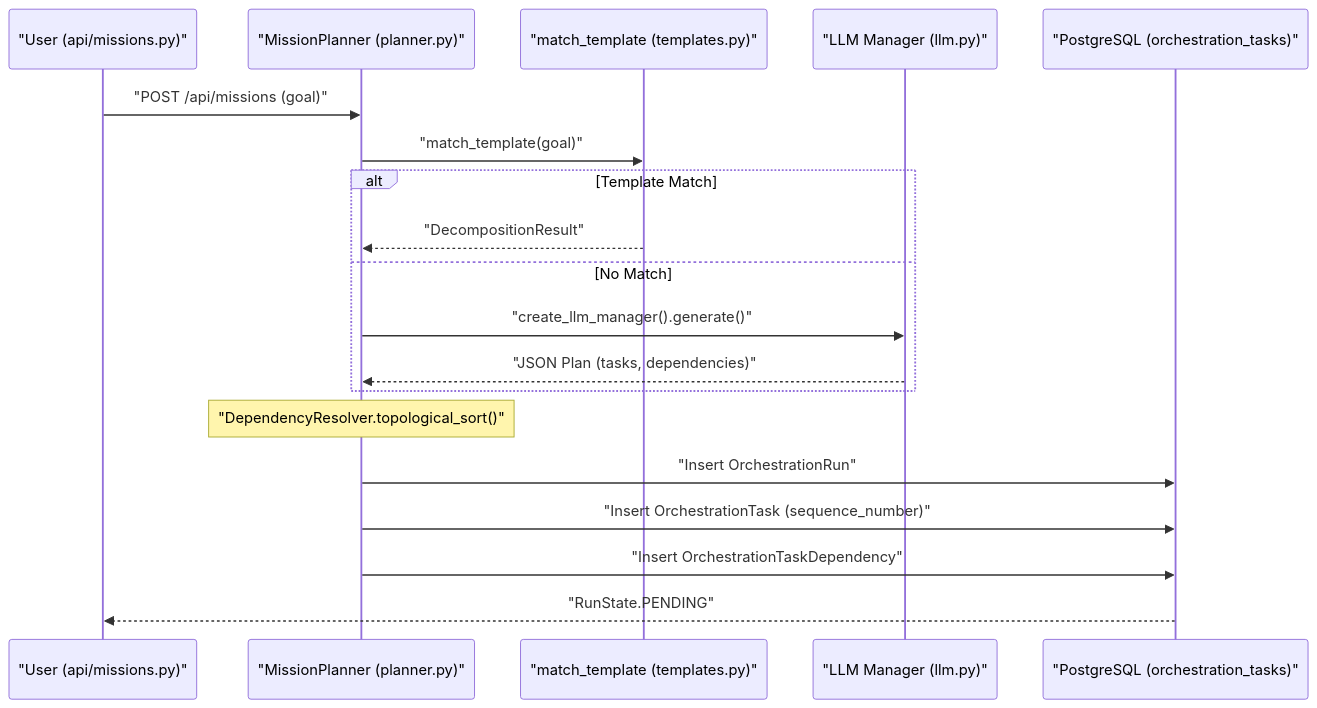
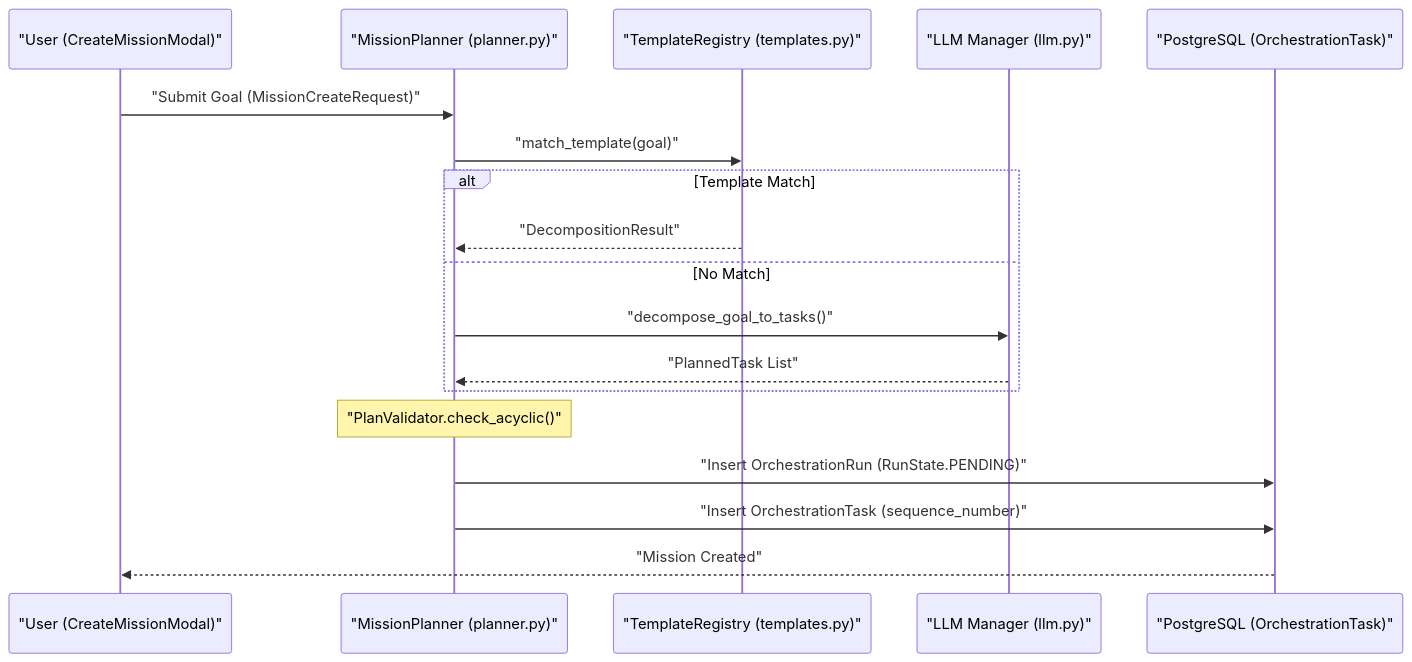
One commit to AutomatosAI/automatos-ai changed the second of 2 diagrams in docs/missions-multi-agent-coordination/mission-planning-verification.md. Above: the diagram before and after it, drawn with Mermaid. The commit also changed other lines of this file and 153 other files, not shown here.

````diff
--- a/docs/missions-multi-agent-coordination/mission-planning-verification.md
+++ b/docs/missions-multi-agent-coordination/mission-planning-verification.md
@@ -105,22 +118,21 @@
 ```mermaid
 sequenceDiagram
-    participant U as "User (api/missions.py)"
+    participant U as "User (CreateMissionModal)"
     participant CP as "MissionPlanner (planner.py)"
-    participant T as "match_template (templates.py)"
+    participant T as "TemplateRegistry (templates.py)"
     participant LLM as "LLM Manager (llm.py)"
-    participant DB as "PostgreSQL (orchestration_tasks)"
+    participant DB as "PostgreSQL (OrchestrationTask)"
 
-    U->>CP: "POST /api/missions (goal)"
+    U->>CP: "Submit Goal (MissionCreateRequest)"
     CP->>T: "match_template(goal)"
     alt Template Match
         T-->>CP: "DecompositionResult"
     else No Match
-        CP->>LLM: "create_llm_manager().generate()"
-        LLM-->>CP: "JSON Plan (tasks, dependencies)"
+        CP->>LLM: "decompose_goal_to_tasks()"
+        LLM-->>CP: "PlannedTask List"
     end
-    Note over CP: "DependencyResolver.topological_sort()"
-    CP->>DB: "Insert OrchestrationRun"
+    Note over CP: "PlanValidator.check_acyclic()"
+    CP->>DB: "Insert OrchestrationRun (RunState.PENDING)"
     CP->>DB: "Insert OrchestrationTask (sequence_number)"
-    CP->>DB: "Insert OrchestrationTaskDependency"
-    DB-->>U: "RunState.PENDING"
+    DB-->>U: "Mission Created"
 ```
````
